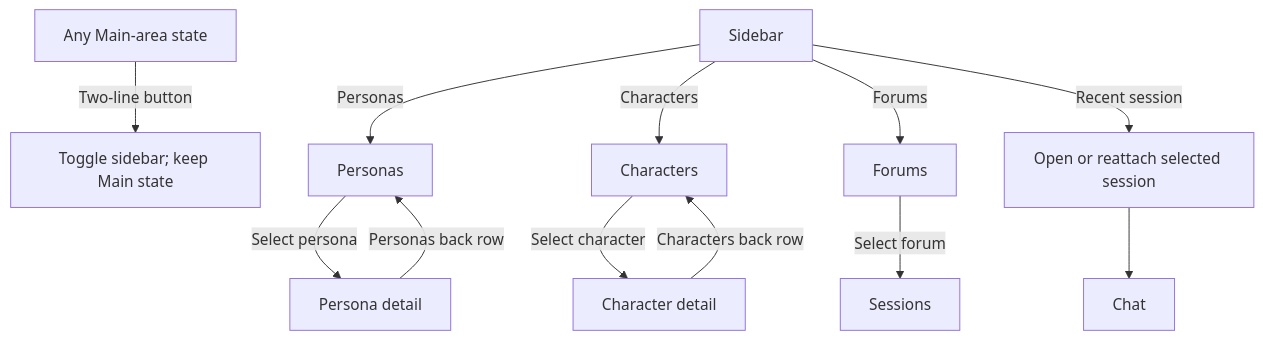
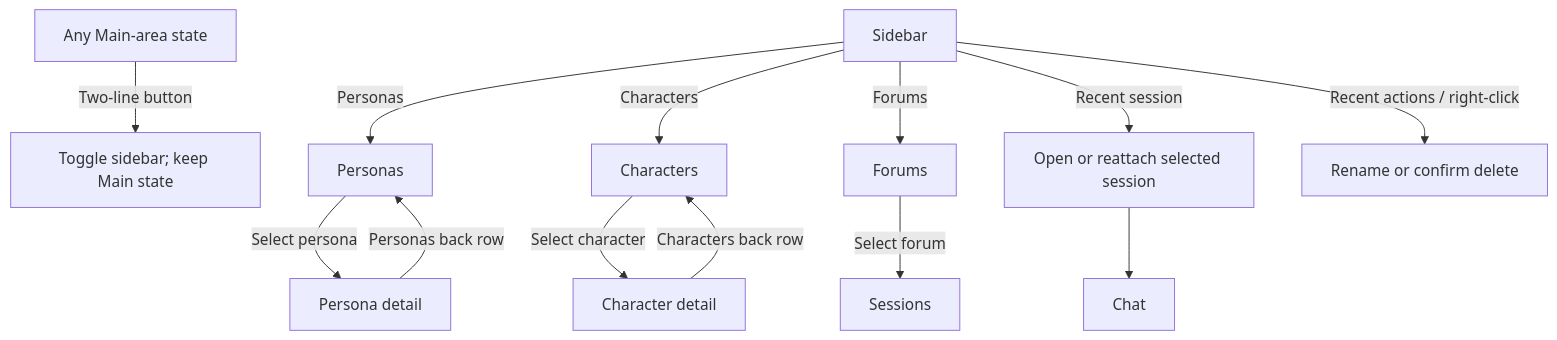
The first of 6 diagrams in docs/web-ui/flows.md (michaelpopov/cha), drawn with Mermaid before and after one commit. The commit also changed other lines of this file and 58 other files, not shown here.

````diff
--- a/docs/web-ui/flows.md
+++ b/docs/web-ui/flows.md
@@ -7,14 +7,15 @@
 ```mermaid
 flowchart TD
     Main["Any Main-area state"] -->|"Two-line button"| Toggle["Toggle sidebar; keep Main state"]
     Sidebar["Sidebar"] -->|"Personas"| Personas["Personas"]
     Sidebar -->|"Characters"| Characters["Characters"]
     Sidebar -->|"Forums"| Forums["Forums"]
     Sidebar -->|"Recent session"| Open["Open or reattach selected session"]
+    Sidebar -->|"Recent actions / right-click"| Maintain["Rename or confirm delete"]
     Personas -->|"Select persona"| PersonaDetail["Persona detail"]
     PersonaDetail -->|"Personas back row"| Personas
     Characters -->|"Select character"| Detail["Character detail"]
     Detail -->|"Characters back row"| Characters
     Forums -->|"Select forum"| Sessions["Sessions"]
     Open --> Chat["Chat"]
 ```
````
